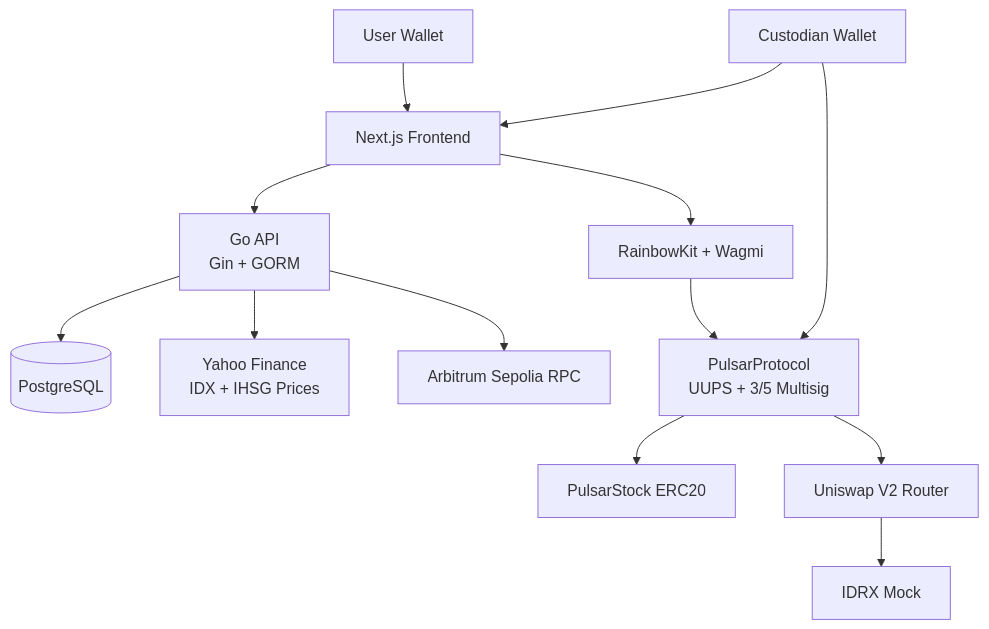
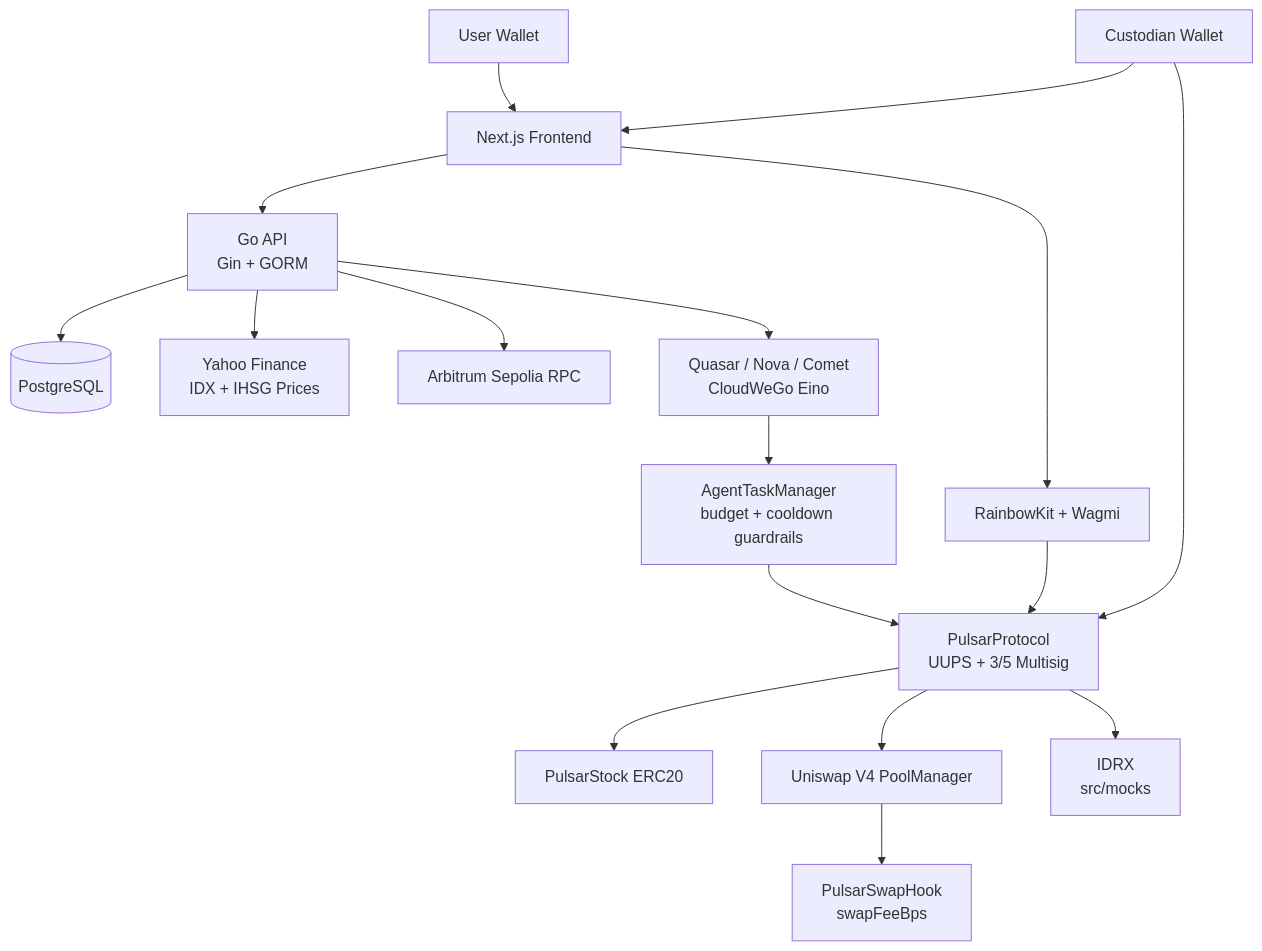
One commit to hafidluqman50/pulsarfi changed the first of 2 diagrams in README.md. Above: the diagram before and after it, drawn with Mermaid. The commit also changed other lines of this file and 2 other files, not shown here.

````diff
--- a/README.md
+++ b/README.md
@@ -44,18 +48,24 @@
 ```mermaid
 flowchart TB
   User[User Wallet] --> Frontend[Next.js Frontend]
   Custodian[Custodian Wallet] --> Frontend
 
   Frontend --> API[Go API<br/>Gin + GORM]
   API --> DB[(PostgreSQL)]
   API --> Yahoo[Yahoo Finance<br/>IDX + IHSG Prices]
   API --> Chain[Arbitrum Sepolia RPC]
 
+  API --> Agent[Quasar / Nova / Comet<br/>CloudWeGo Eino]
+
   Frontend --> Wallet[RainbowKit + Wagmi]
   Wallet --> Protocol[PulsarProtocol<br/>UUPS + 3/5 Multisig]
   Protocol --> PStock[PulsarStock ERC20]
-  Protocol --> AMM[Uniswap V2 Router]
-  AMM --> IDRX[IDRX Mock]
+  Protocol --> PM[Uniswap V4 PoolManager]
+  PM --> Hook[PulsarSwapHook<br/>swapFeeBps]
+  Protocol --> IDRX[IDRX<br/>src/mocks]
+
+  Agent --> ATM[AgentTaskManager<br/>budget + cooldown guardrails]
+  ATM --> Protocol
 
   Custodian --> Protocol
 ```
````
